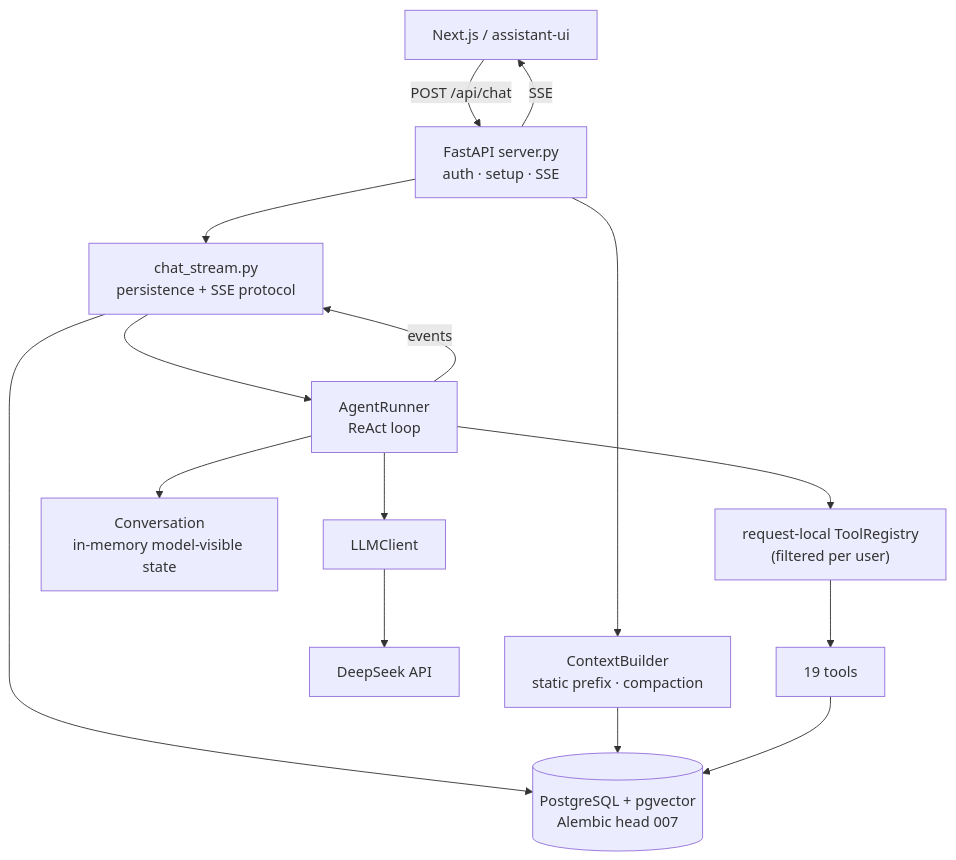
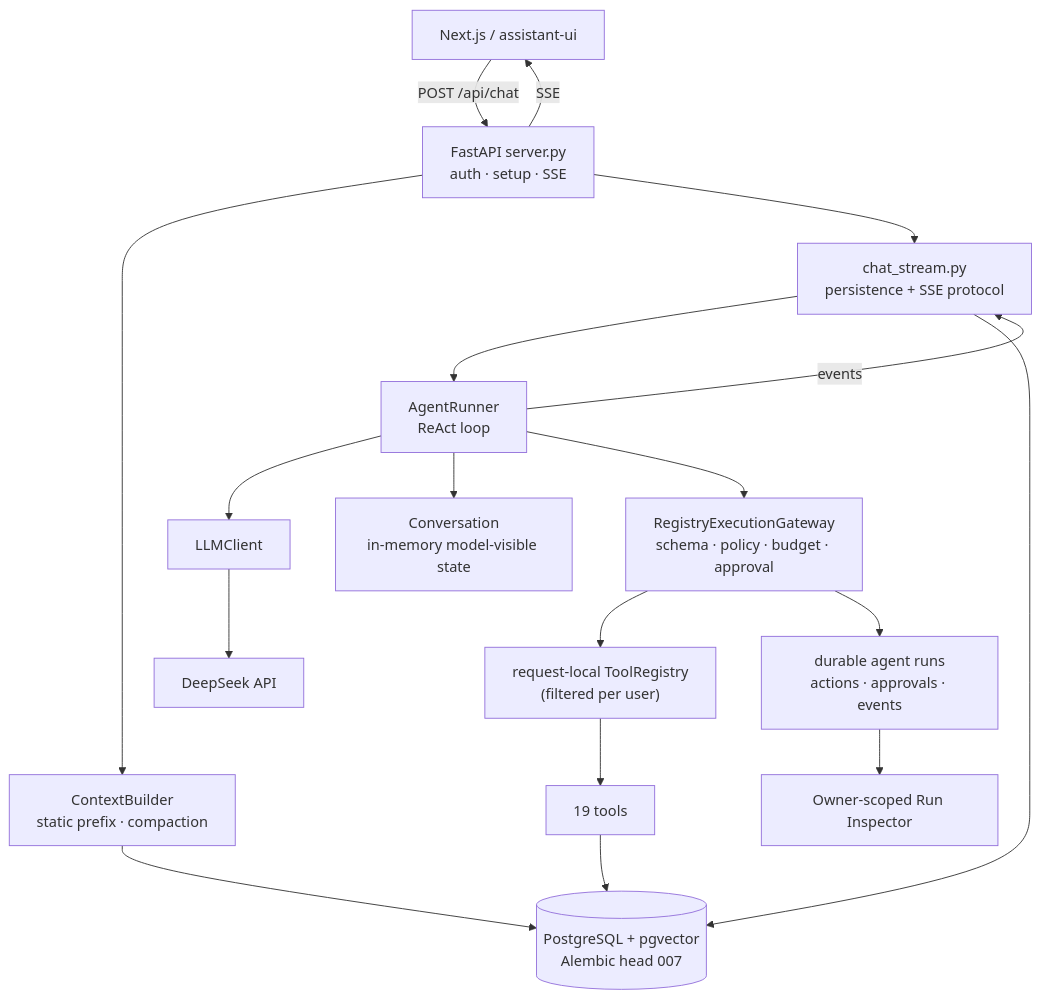
One commit to ChuaQH/agent-platform changed the diagram in README.md. Above: the diagram before and after it, drawn with Mermaid. The commit also changed other lines of this file and 13 other files, not shown here.

First line of the commit message:
feat(assistant): add governed run activity inspector

````diff
--- a/README.md
+++ b/README.md
@@ -60,16 +60,19 @@
 ```mermaid
 flowchart TB
     UI["Next.js / assistant-ui"] -->|"POST /api/chat"| ROUTES["FastAPI server.py<br/>auth · setup · SSE"]
     ROUTES --> CTX["ContextBuilder<br/>static prefix · compaction"]
     ROUTES --> STREAM["chat_stream.py<br/>persistence + SSE protocol"]
     STREAM --> RUNNER["AgentRunner<br/>ReAct loop"]
     RUNNER --> LLM["LLMClient"] --> API["DeepSeek API"]
     RUNNER --> CONV["Conversation<br/>in-memory model-visible state"]
-    RUNNER --> REG["request-local ToolRegistry<br/>(filtered per user)"]
+    RUNNER --> GATEWAY["RegistryExecutionGateway<br/>schema · policy · budget · approval"]
+    GATEWAY --> REG["request-local ToolRegistry<br/>(filtered per user)"]
     REG --> TOOLS["19 tools"]
+    GATEWAY --> RUNS["durable agent runs<br/>actions · approvals · events"]
+    RUNS --> INSPECTOR["Owner-scoped Run Inspector"]
     STREAM --> PG[("PostgreSQL + pgvector<br/>Alembic head 007")]
     CTX --> PG
     TOOLS --> PG
     RUNNER -->|"events"| STREAM
     ROUTES -->|"SSE"| UI
 ```
````
